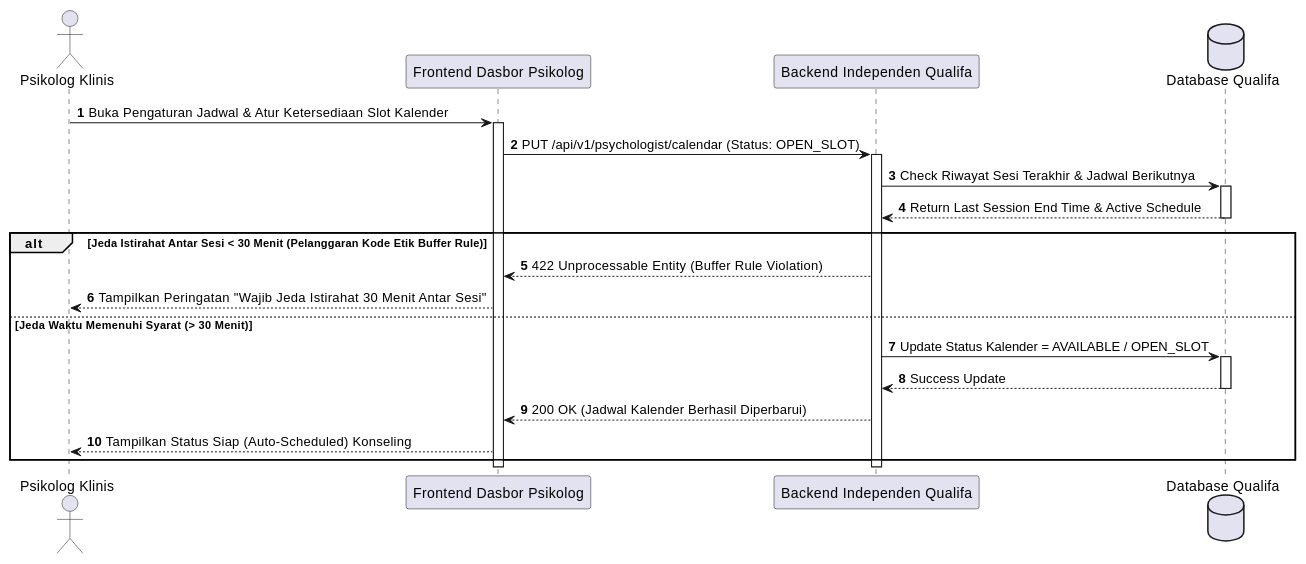
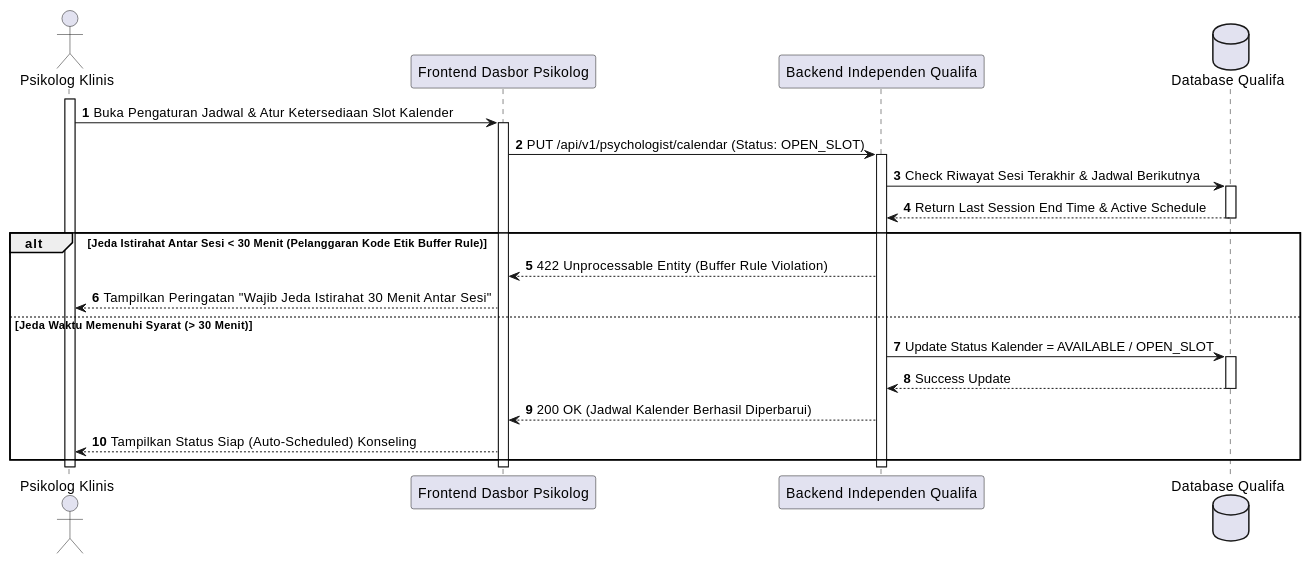
Before and after one commit to tupperwureism/SuperApp-Gagal: diagram 19 of 27 in MarkDown/plantuml_sequence_diagrams.md, drawn with PlantUML. The commit also changed other lines of this file and 2 other files, not shown here.

Commit message:
fix(uml): remove shorthand deactivations from actor return arrows and prevent double deactivations across SD Justifiqa and Qualifa

````diff
--- a/MarkDown/plantuml_sequence_diagrams.md
+++ b/MarkDown/plantuml_sequence_diagrams.md
@@ -968,27 +954,29 @@
 ```plantuml
 @startuml
 autonumber
 actor "Psikolog Klinis" as Mitra
 participant "Frontend Dasbor Psikolog" as FE
 participant "Backend Independen Qualifa" as BE
 database "Database Qualifa" as DB
 
+activate Mitra
 Mitra -> FE ++ : Buka Pengaturan Jadwal & Atur Ketersediaan Slot Kalender
 FE -> BE ++ : PUT /api/v1/psychologist/calendar (Status: OPEN_SLOT)
 
 BE -> DB ++ : Check Riwayat Sesi Terakhir & Jadwal Berikutnya
 DB --> BE -- : Return Last Session End Time & Active Schedule
 
 alt Jeda Istirahat Antar Sesi < 30 Menit (Pelanggaran Kode Etik Buffer Rule)
     BE --> FE : 422 Unprocessable Entity (Buffer Rule Violation)
     FE --> Mitra : Tampilkan Peringatan "Wajib Jeda Istirahat 30 Menit Antar Sesi"
 else Jeda Waktu Memenuhi Syarat (> 30 Menit)
     BE -> DB ++ : Update Status Kalender = AVAILABLE / OPEN_SLOT
     DB --> BE -- : Success Update
     BE --> FE : 200 OK (Jadwal Kalender Berhasil Diperbarui)
     FE --> Mitra : Tampilkan Status Siap (Auto-Scheduled) Konseling
 end
 deactivate BE
 deactivate FE
+deactivate Mitra
 @enduml
 ```
````
